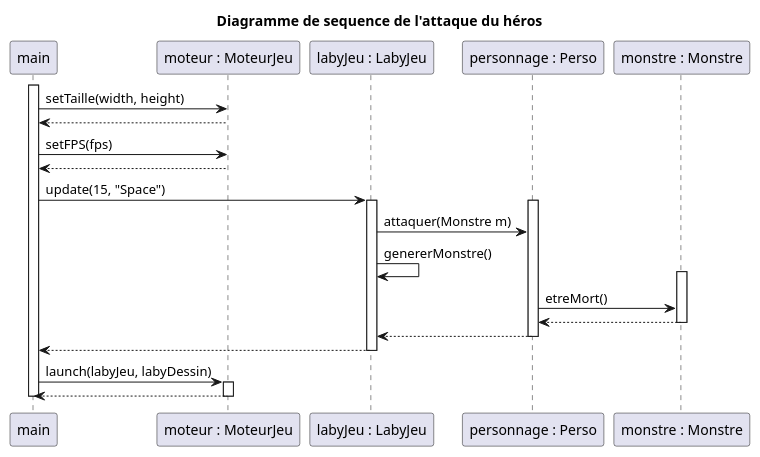
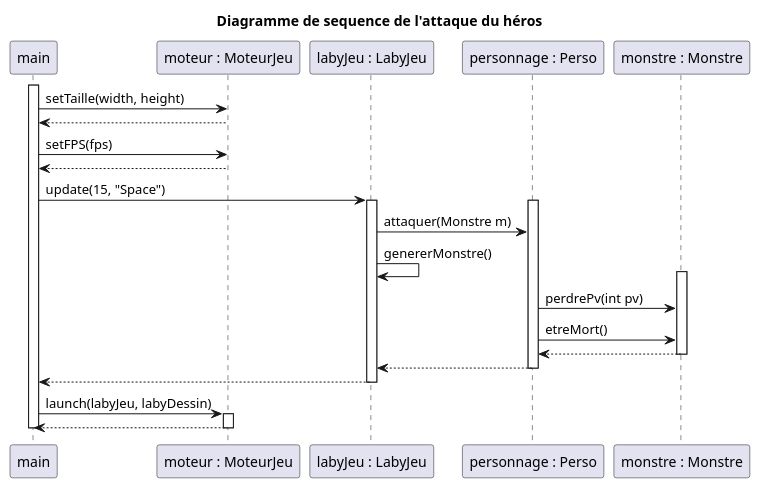
Before and after one commit to Zhi-Sheng-Trieu/2022_Zeldiablo_Doan_Oudin_Trieu_Noel: the diagram in documents/version_4/DiagrammeSequenceAttaqueJoueur.puml, drawn with PlantUML.

Commit message:
diag seq attque

```diff
--- a/documents/version_4/DiagrammeSequenceAttaqueJoueur.puml
+++ b/documents/version_4/DiagrammeSequenceAttaqueJoueur.puml
@@ -1,42 +1,43 @@
 @startuml
 
 title Diagramme de sequence de l'attaque du héros
 
 participant "main" as main
 participant "moteur : MoteurJeu" as moteur
 participant "labyJeu : LabyJeu" as labyJeu
 participant "personnage : Perso" as personnage
 participant "monstre : Monstre" as monstre
 
 
 
 
 activate main
     main -> moteur : setTaille(width, height)
     moteur --> main
     main -> moteur : setFPS(fps)
     moteur --> main
     main -> labyJeu : update(15, "Space")
 
     activate labyJeu
         activate personnage
             labyJeu -> personnage : attaquer(Monstre m)
             labyJeu -> labyJeu : genererMonstre()
             activate monstre
+                personnage -> monstre : perdrePv(int pv)
                 personnage -> monstre : etreMort()
                 monstre --> personnage
             deactivate monstre
             personnage --> labyJeu
         deactivate personnage
 
         labyJeu --> main
     deactivate labyJeu
 
     main -> moteur : launch(labyJeu, labyDessin)
     activate moteur
     moteur --> main
     deactivate moteur
 
 deactivate main
 
 @enduml
```
